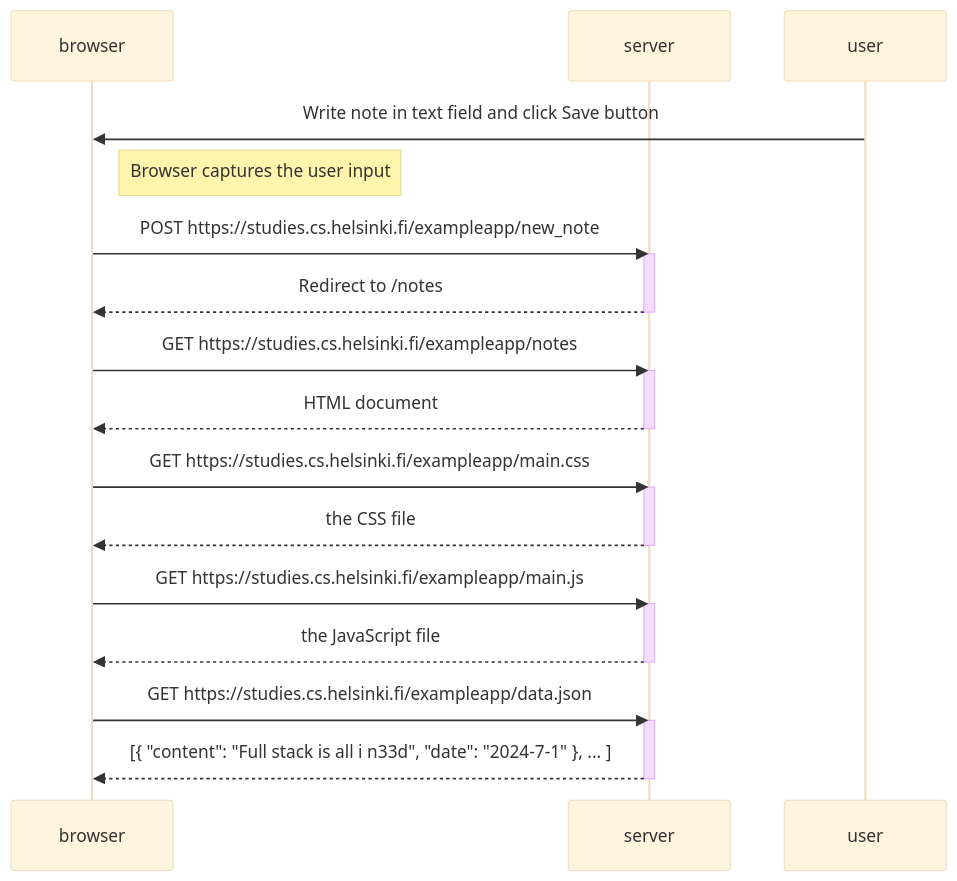
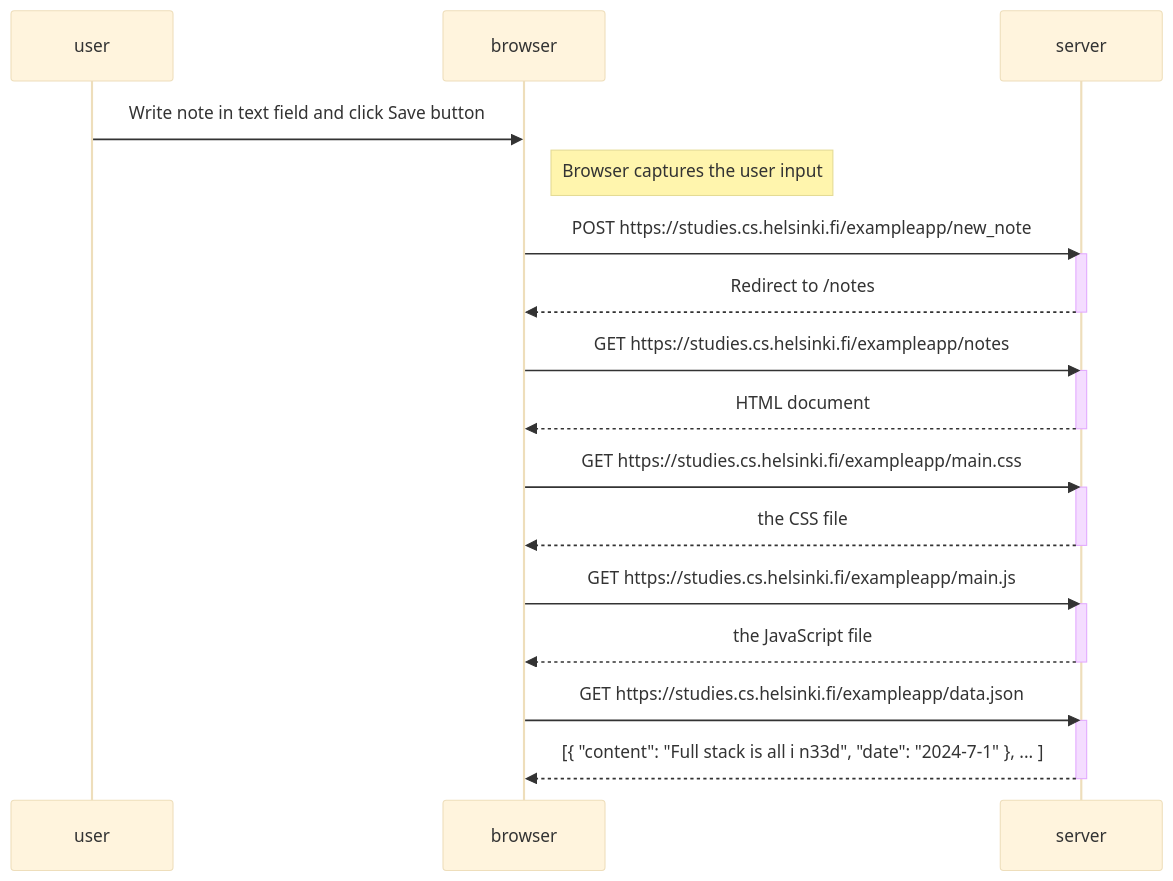
One commit to titan99-xd/exercise_uoh changed the diagram in exercise_0.4.md. Above: the diagram before and after it, drawn with Mermaid (base theme). The commit also changed other lines of this file, not shown here.

````diff
--- a/exercise_0.4.md
+++ b/exercise_0.4.md
@@ -1,36 +1,36 @@
 ```mermaid
 
 sequenceDiagram
+    participant user
     participant browser
     participant server
-    participant user
 
 
     user->>browser: Write note in text field and click Save button
     Note right of browser: Browser captures the user input
     browser->>server: POST https://studies.cs.helsinki.fi/exampleapp/new_note
     activate server
     server-->>browser: Redirect to /notes
     deactivate server
 
     browser->>server: GET https://studies.cs.helsinki.fi/exampleapp/notes
     activate server
     server-->>browser: HTML document
     deactivate server
 
     browser->>server: GET https://studies.cs.helsinki.fi/exampleapp/main.css
     activate server
     server-->>browser: the CSS file
     deactivate server
 
     browser->>server: GET https://studies.cs.helsinki.fi/exampleapp/main.js
     activate server
     server-->>browser: the JavaScript file
     deactivate server
 
 
     browser->>server: GET https://studies.cs.helsinki.fi/exampleapp/data.json
     activate server
     server-->>browser: [{ "content": "Full stack is all i n33d", "date": "2024-7-1" }, ... ]
     deactivate server
 ```
````
